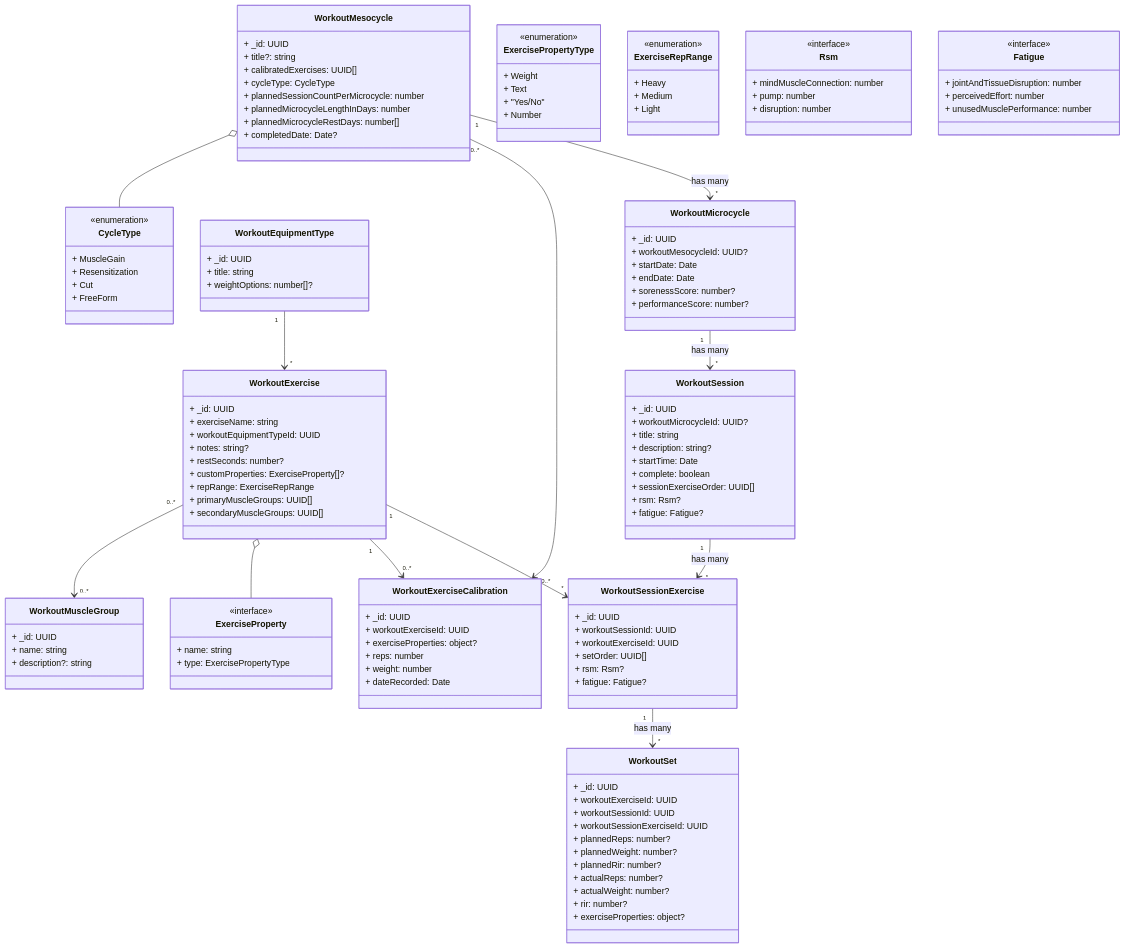
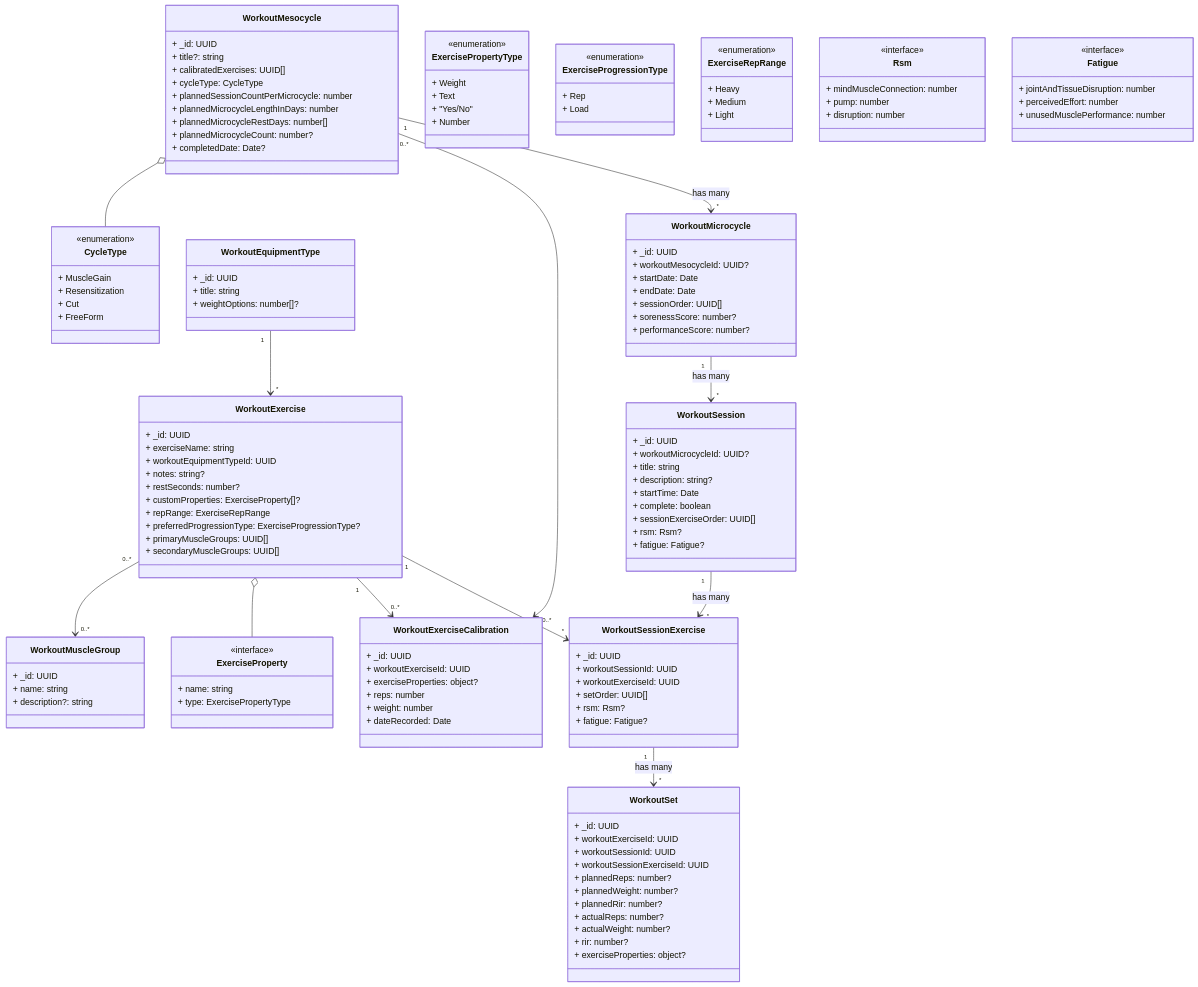
One commit to aneuhold/ts-libs changed the first of 2 diagrams in packages/core-ts-db-lib/src/documents/workout/README.md. Above: the diagram before and after it, drawn with Mermaid. The commit also changed other lines of this file and 1 other file, not shown here.

```diff
--- a/packages/core-ts-db-lib/src/documents/workout/README.md
+++ b/packages/core-ts-db-lib/src/documents/workout/README.md
@@ -12,6 +12,7 @@
     + plannedSessionCountPerMicrocycle: number
     + plannedMicrocycleLengthInDays: number
     + plannedMicrocycleRestDays: number[]
+    + plannedMicrocycleCount: number?
     + completedDate: Date?
   }
 
@@ -20,6 +21,7 @@
     + workoutMesocycleId: UUID?
     + startDate: Date
     + endDate: Date
+    + sessionOrder: UUID[]
     + sorenessScore: number?
     + performanceScore: number?
   }
@@ -67,6 +69,7 @@
     + restSeconds: number?
     + customProperties: ExerciseProperty[]?
     + repRange: ExerciseRepRange
+    + preferredProgressionType: ExerciseProgressionType?
     + primaryMuscleGroups: UUID[]
     + secondaryMuscleGroups: UUID[]
   }
@@ -104,6 +107,12 @@
     + Text
     + "Yes/No"
     + Number
+  }
+
+  class ExerciseProgressionType {
+    <<enumeration>>
+    + Rep
+    + Load
   }
 
   class ExerciseRepRange {
```
